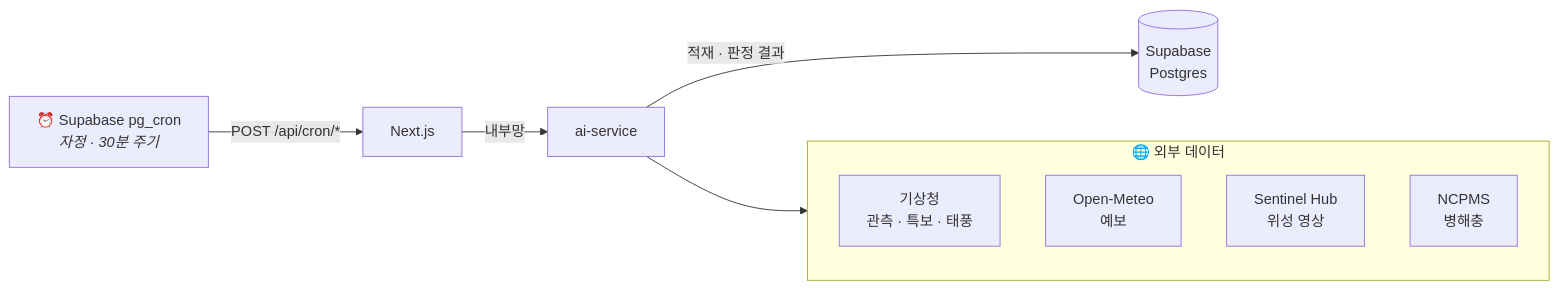
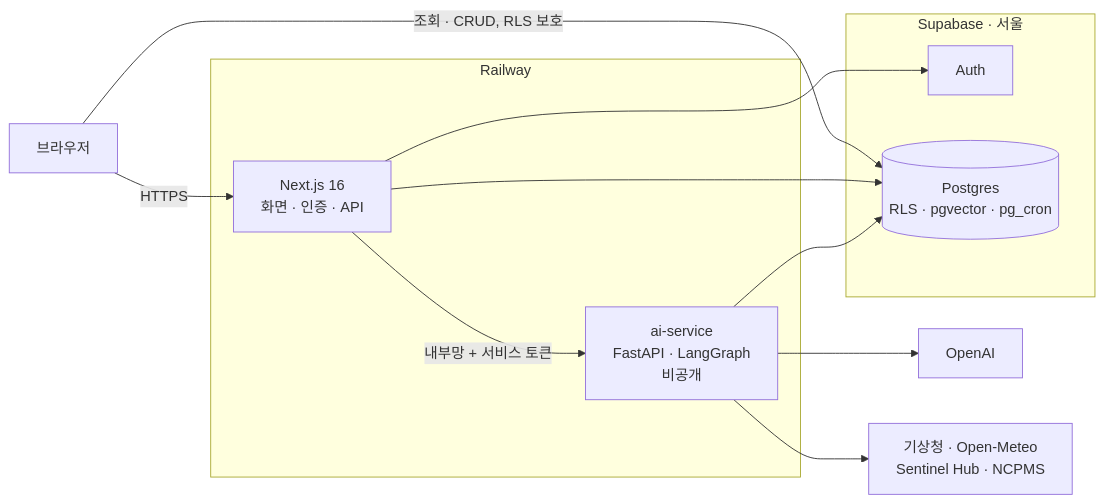
Before and after one commit to pj002321/Safe-farm: the first of 2 diagrams in README.md, drawn with Mermaid. The commit also changed other lines of this file and 3 other files, not shown here.

````diff
--- a/README.md
+++ b/README.md
@@ -115,14 +44,22 @@
 ```mermaid
 flowchart LR
-    subgraph EXT["🌐 외부 데이터"]
-        KMA["기상청<br/>관측 · 특보 · 태풍"]
-        OM["Open-Meteo<br/>예보"]
-        SH["Sentinel Hub<br/>위성 영상"]
-        NC["NCPMS<br/>병해충"]
+    U[브라우저] -->|HTTPS| WEB
+
+    subgraph Railway
+        WEB[Next.js 16<br/>화면 · 인증 · API]
+        AI[ai-service<br/>FastAPI · LangGraph<br/>비공개]
+        WEB -->|내부망 + 서비스 토큰| AI
     end
 
-    CRON["⏰ Supabase pg_cron<br/><i>자정 · 30분 주기</i>"] -->|"POST /api/cron/*"| NEXT["Next.js"]
-    NEXT -->|"내부망"| AI["ai-service"]
-    AI --> EXT
-    AI -->|"적재 · 판정 결과"| DB[("Supabase<br/>Postgres")]
+    subgraph Supabase[Supabase · 서울]
+        AUTH[Auth]
+        PG[(Postgres<br/>RLS · pgvector · pg_cron)]
+    end
+
+    U -->|조회 · CRUD, RLS 보호| PG
+    WEB --> AUTH
+    WEB --> PG
+    AI --> PG
+    AI --> LLM[OpenAI]
+    AI --> EXT[기상청 · Open-Meteo<br/>Sentinel Hub · NCPMS]
 ```
````
